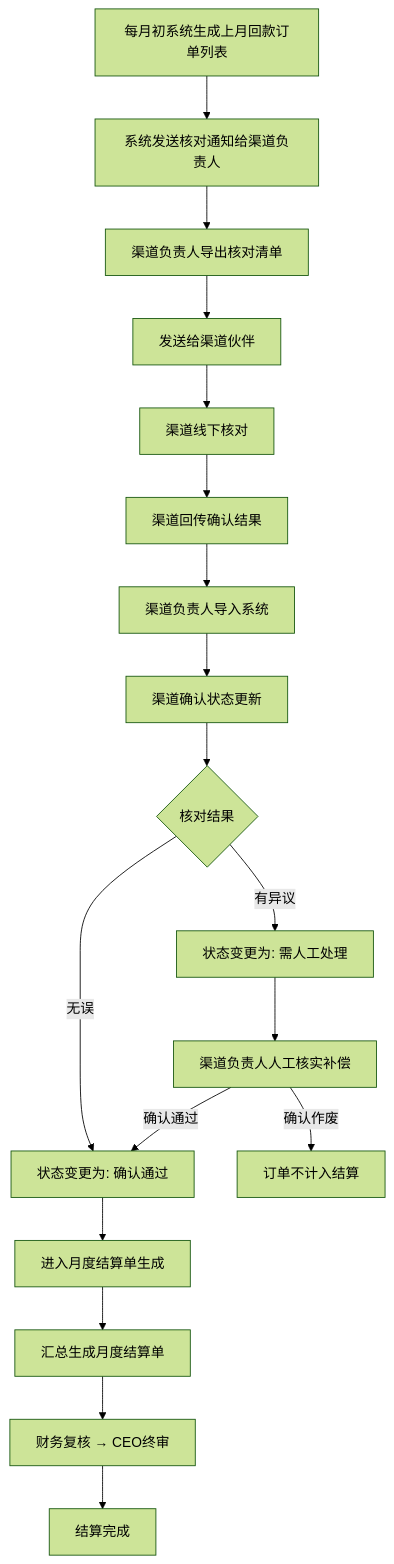
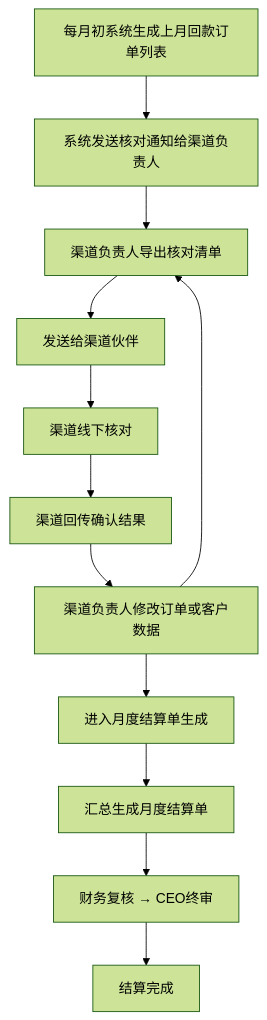
The tenth of 15 diagrams in docs/渠道管理系统-PRD.md (njwander/channel-demo), drawn with Mermaid (forest theme) before and after one commit. The commit also changed other lines of this file and 4 other files, not shown here.

````diff
--- a/docs/渠道管理系统-PRD.md
+++ b/docs/渠道管理系统-PRD.md
@@ -1182,24 +1226,14 @@
 ```mermaid
 graph TD
     A[每月初系统生成上月回款订单列表] --> B[系统发送核对通知给渠道负责人]
     B --> C2[渠道负责人导出核对清单]
-    
     C2 --> D2[发送给渠道伙伴]
     D2 --> E2[渠道线下核对]
     E2 --> F2[渠道回传确认结果]
-    F2 --> G2[渠道负责人导入系统]
-    G2 --> H2[渠道确认状态更新]
-    
-    H2 --> I{核对结果}
-    I -- 无误 --> J["状态变更为: 确认通过"]
-    I -- 有异议 --> K["状态变更为: 需人工处理"]
-    
-    J --> L[进入月度结算单生成]
-    K --> M[渠道负责人人工核实补偿]
-    M -- 确认通过 --> J
-    M -- 确认作废 --> N[订单不计入结算]
-    
+    F2 --> G2[渠道负责人修改订单或客户数据]
+    G2 --> C2
+    G2 --> L[进入月度结算单生成]
     L --> O[汇总生成月度结算单]
     O --> P[财务复核 → CEO终审]
     P --> Q[结算完成]
 ```
````
